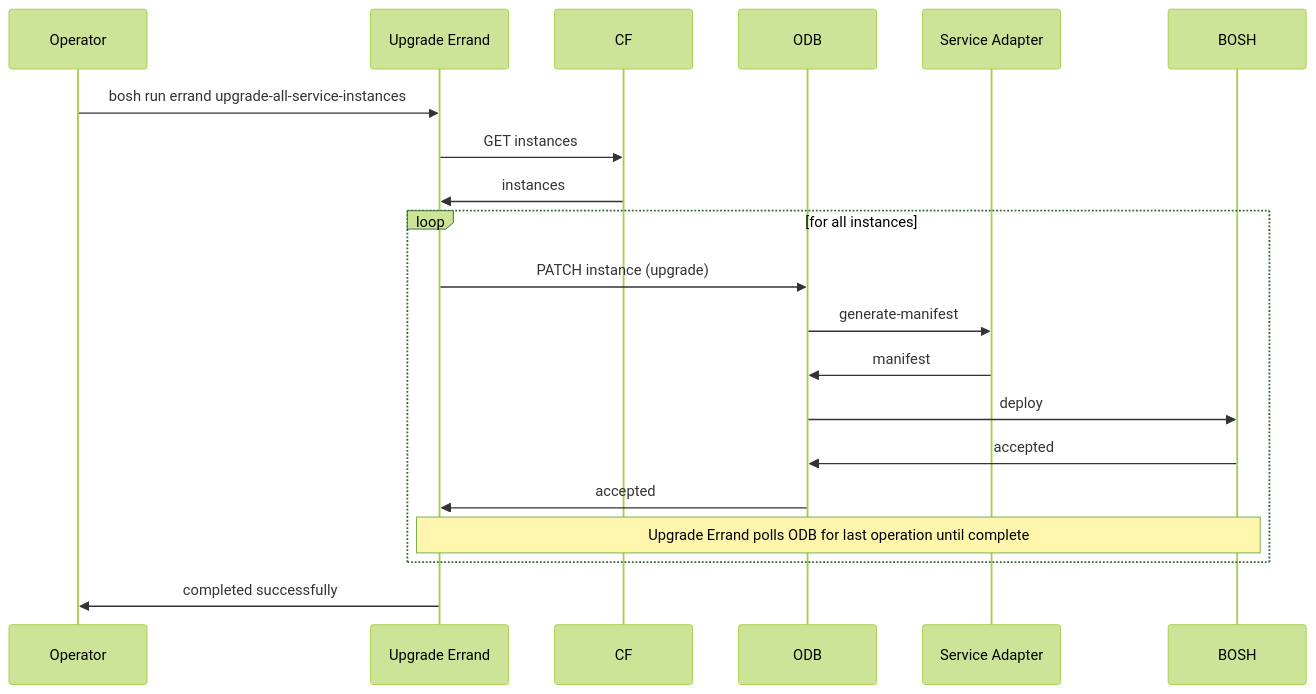
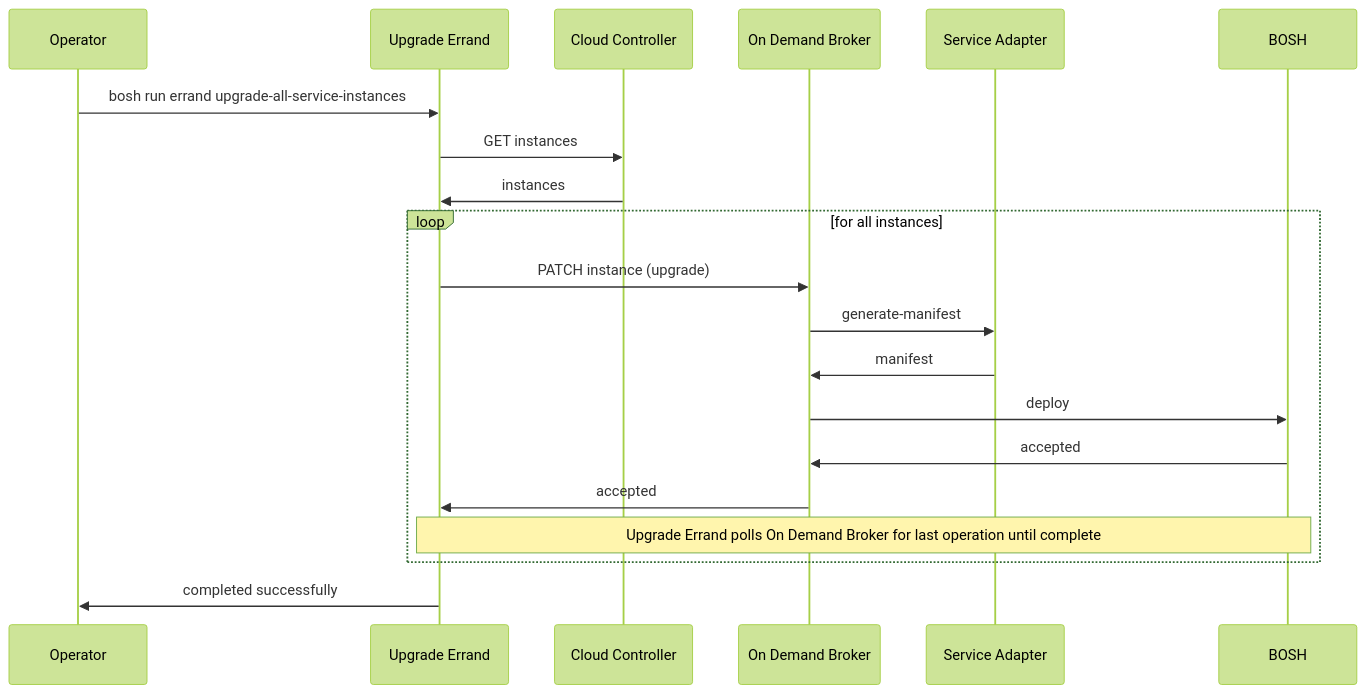
Before and after one commit to pivotal-cf/docs-on-demand-service-broker: the diagram in mmd/upgrade_all_instances_workflow.mmd, drawn with Mermaid (forest theme). The commit also changed 10 other files, not shown here.

Commit message:
change  to  in sequence diagrams

```diff
--- a/mmd/upgrade_all_instances_workflow.mmd
+++ b/mmd/upgrade_all_instances_workflow.mmd
@@ -1,16 +1,16 @@
 <div class="mermaid">
 sequenceDiagram
   Operator->>Upgrade Errand:bosh run errand upgrade-all-service-instances
-  Upgrade Errand->>CF:GET instances
-  CF->>Upgrade Errand:instances
+  Upgrade Errand->>Cloud Controller:GET instances
+  Cloud Controller->>Upgrade Errand:instances
   loop for all instances
-    Upgrade Errand->>ODB: PATCH instance (upgrade)
-    ODB->>Service Adapter: generate-manifest
-    Service Adapter->>ODB: manifest
-    ODB->>BOSH: deploy
-    BOSH->>ODB: accepted
-    ODB->>Upgrade Errand: accepted
-    Note over Upgrade Errand,BOSH: Upgrade Errand polls ODB for last operation until complete
+    Upgrade Errand->>On Demand Broker: PATCH instance (upgrade)
+    On Demand Broker->>Service Adapter: generate-manifest
+    Service Adapter->>On Demand Broker: manifest
+    On Demand Broker->>BOSH: deploy
+    BOSH->>On Demand Broker: accepted
+    On Demand Broker->>Upgrade Errand: accepted
+    Note over Upgrade Errand,BOSH: Upgrade Errand polls On Demand Broker for last operation until complete
   end
   Upgrade Errand->>Operator:completed successfully
 </div>
```
